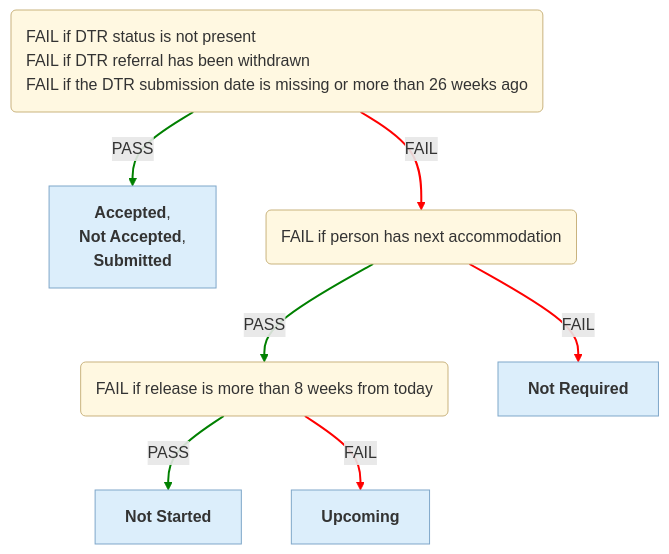
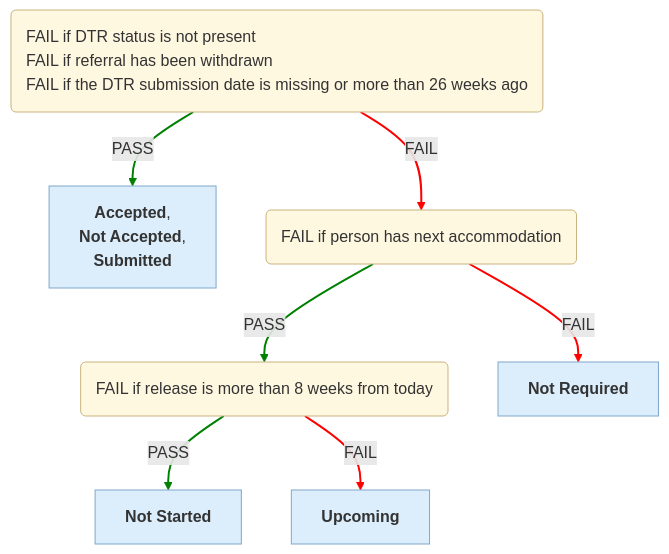
Before and after one commit to ministryofjustice/hmpps-single-accommodation-service-api: the fifth of 6 diagrams in docs/eligibility-rules-graph.md, drawn with Mermaid. The commit also changed other lines of this file and 15 other files, not shown here.

````diff
--- a/docs/eligibility-rules-graph.md
+++ b/docs/eligibility-rules-graph.md
@@ -495,28 +495,28 @@
 ```mermaid
 %%{init: {"flowchart": {"wrappingWidth": 800}}}%%
 flowchart TD
   Suitability("<div style='text-align:left'>FAIL if DTR status is not present
-FAIL if DTR referral has been withdrawn
+FAIL if referral has been withdrawn
 FAIL if the DTR submission date is missing or more than 26 weeks ago</div>")
   outcome_DtrCompletionContextUpdater["<b>Accepted</b>,
  <b>Not Accepted</b>,
  <b>Submitted</b>"]
   Eligibility("<div style='text-align:left'>FAIL if person has next accommodation</div>")
   Upcoming("<div style='text-align:left'>FAIL if release is more than 8 weeks from today</div>")
   DTR_NOT_STARTED["<b>Not Started</b>"]
   outcome_DtrUpcomingContextUpdater["<b>Upcoming</b>"]
   DTR_NOT_REQUIRED["<b>Not Required</b>"]
   Suitability -->|PASS| outcome_DtrCompletionContextUpdater
   Upcoming -->|PASS| DTR_NOT_STARTED
   Upcoming -->|FAIL| outcome_DtrUpcomingContextUpdater
   Eligibility -->|PASS| Upcoming
   Eligibility -->|FAIL| DTR_NOT_REQUIRED
   Suitability -->|FAIL| Eligibility
   linkStyle 0,1,3 stroke:green,stroke-width:2px
   linkStyle 2,4,5 stroke:red,stroke-width:2px
   classDef ruleSetNode fill:#FFF8E1,stroke:#C9B37E,color:#333
   classDef outcomeNode fill:#DCEEFB,stroke:#7FA7C9,color:#333
   classDef updaterNode fill:#EDE7F6,stroke:#A99BC9,color:#333
   class Suitability,Eligibility,Upcoming ruleSetNode
   class outcome_DtrCompletionContextUpdater,DTR_NOT_STARTED,outcome_DtrUpcomingContextUpdater,DTR_NOT_REQUIRED outcomeNode
 ```
````
